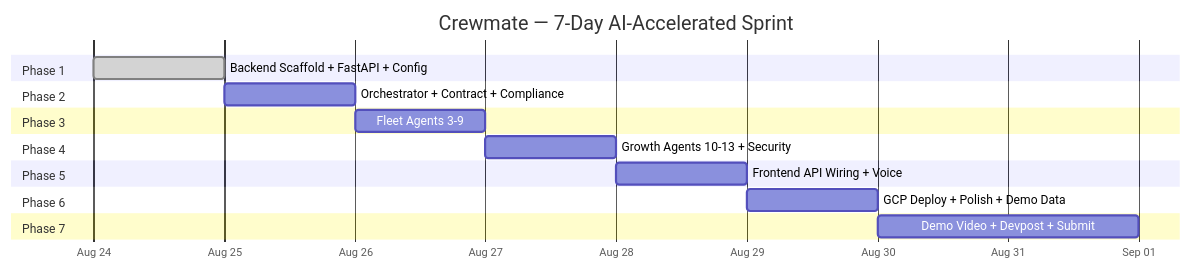
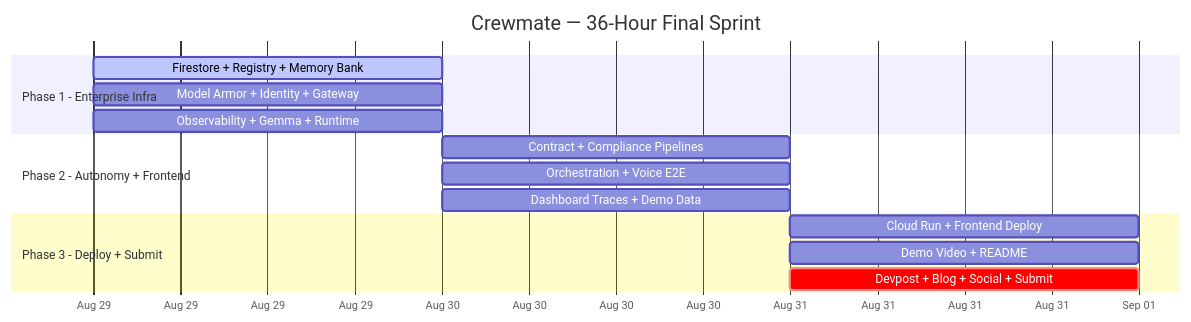
One commit to z-lovejeet/Crewmate changed the diagram in docs/09-development-roadmap.md. Above: the diagram before and after it, drawn with Mermaid. The commit also changed other lines of this file and 1 other file, not shown here.

Commit message:
docs: update roadmap and demo polish specifications

````diff
--- a/docs/09-development-roadmap.md
+++ b/docs/09-development-roadmap.md
@@ -58,27 +49,21 @@
 ```mermaid
 gantt
-    title Crewmate — 7-Day AI-Accelerated Sprint
+    title Crewmate — 36-Hour Final Sprint
     dateFormat YYYY-MM-DD
     axisFormat %b %d
 
-    section Phase 1
-    Backend Scaffold + FastAPI + Config :done, p1, 2026-08-24, 1d
+    section Phase 1 - Enterprise Infra
+    Firestore + Registry + Memory Bank  :active, p1a, 2026-08-29, 1d
+    Model Armor + Identity + Gateway    :p1b, 2026-08-29, 1d
+    Observability + Gemma + Runtime     :p1c, 2026-08-29, 1d
 
-    section Phase 2
-    Orchestrator + Contract + Compliance :p2, 2026-08-25, 1d
+    section Phase 2 - Autonomy + Frontend
+    Contract + Compliance Pipelines     :p2a, 2026-08-30, 1d
+    Orchestration + Voice E2E           :p2b, 2026-08-30, 1d
+    Dashboard Traces + Demo Data        :p2c, 2026-08-30, 1d
 
-    section Phase 3
-    Fleet Agents 3-9 :p3, 2026-08-26, 1d
-
-    section Phase 4
-    Growth Agents 10-13 + Security :p4, 2026-08-27, 1d
-
-    section Phase 5
-    Frontend API Wiring + Voice :p5, 2026-08-28, 1d
-
-    section Phase 6
-    GCP Deploy + Polish + Demo Data :p6, 2026-08-29, 1d
-
-    section Phase 7
-    Demo Video + Devpost + Submit :p7, 2026-08-30, 2d
+    section Phase 3 - Deploy + Submit
+    Cloud Run + Frontend Deploy         :p3a, 2026-08-31, 1d
+    Demo Video + README                 :p3b, 2026-08-31, 1d
+    Devpost + Blog + Social + Submit    :crit, p3c, 2026-08-31, 1d
 ```
````
